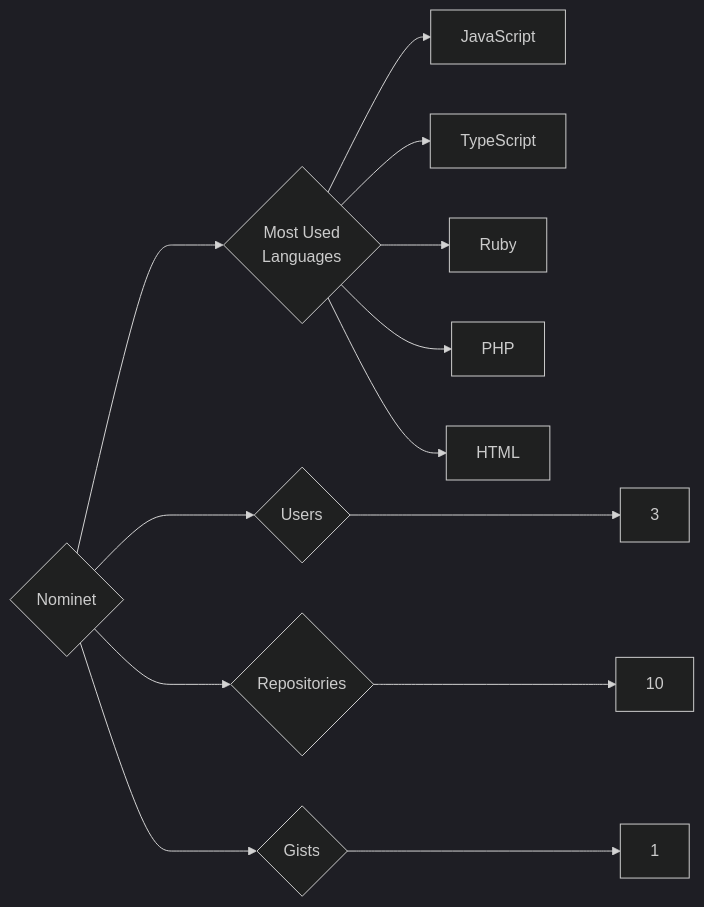
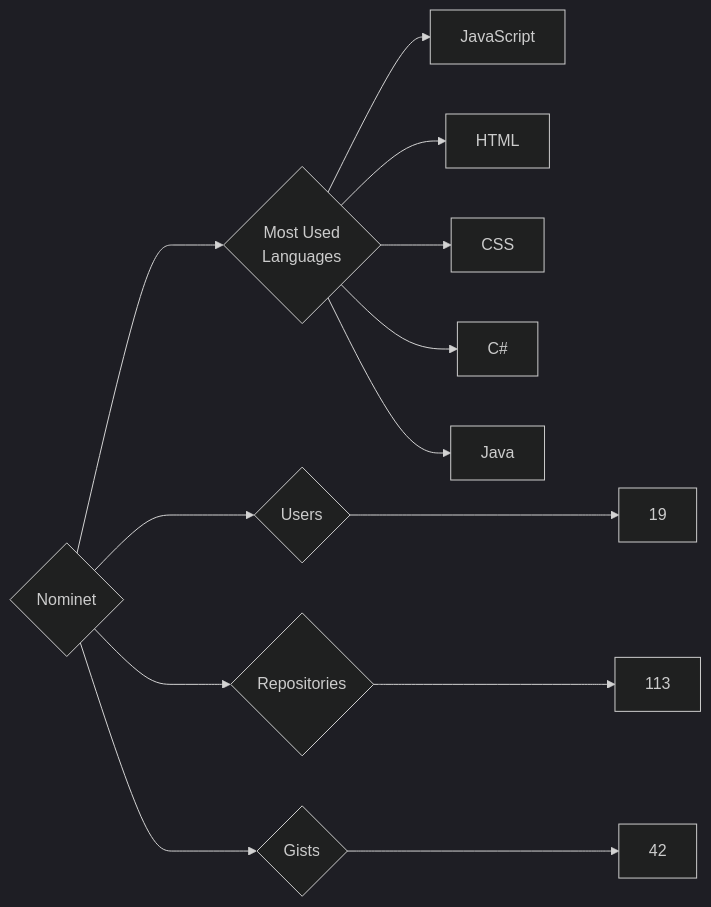
The diagram in targets/Nominet/README.md (trickest/insiders), drawn with Mermaid (dark theme) before and after one commit. The commit also changed 597 other files, not shown here.

````diff
--- a/targets/Nominet/README.md
+++ b/targets/Nominet/README.md
@@ -3,13 +3,13 @@
 ```mermaid
 graph LR
 COMPANY_NAME{Nominet}
-COMPANY_NAME ---> U{Users} ---> UN[3]
-COMPANY_NAME ---> R{Repositories} ---> RN[10]
-COMPANY_NAME ---> G{Gists} ---> GN[1]
+COMPANY_NAME ---> U{Users} ---> UN[19]
+COMPANY_NAME ---> R{Repositories} ---> RN[113]
+COMPANY_NAME ---> G{Gists} ---> GN[42]
 COMPANY_NAME ---> ML{Most Used<br>Languages}
 ML --> JavaScript[JavaScript]
-ML --> TypeScript[TypeScript]
-ML --> Ruby[Ruby]
-ML --> PHP[PHP]
 ML --> HTML[HTML]
+ML --> CSS[CSS]
+ML --> C#[C#]
+ML --> Java[Java]
 ```
````
